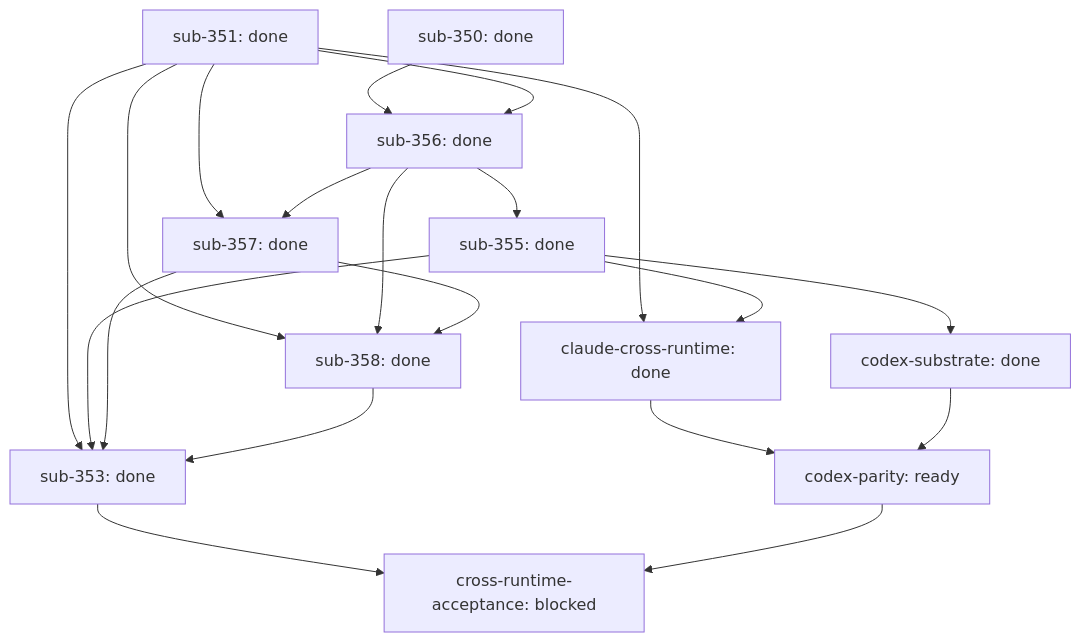
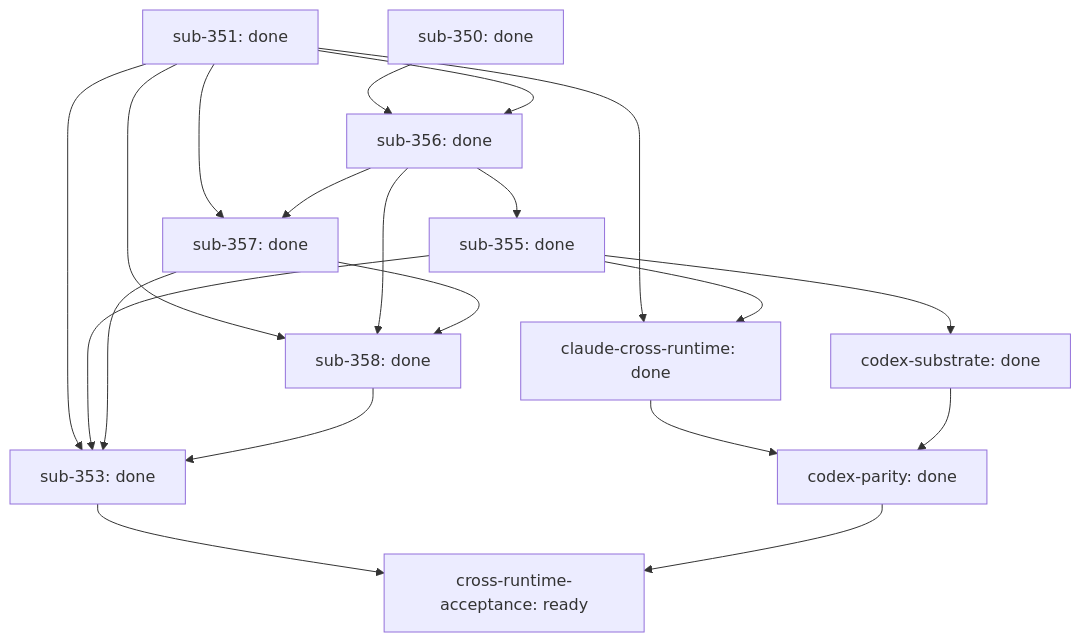
One commit to infiquetra/infiquetra-claude-plugins changed the diagram in docs/outcomes/lease-safe-runtime-continuity/report.md. Above: the diagram before and after it, drawn with Mermaid. The commit also changed other lines of this file and 5 other files, not shown here.

First line of the commit message:
docs(outcome): harvest codex-parity — closure evidence, report, learnings

````diff
--- a/docs/outcomes/lease-safe-runtime-continuity/report.md
+++ b/docs/outcomes/lease-safe-runtime-continuity/report.md
@@ -7,33 +7,33 @@
 ```mermaid
 flowchart TD
     sub-350["sub-350: done"]
     sub-351["sub-351: done"]
     sub-356["sub-356: done"]
     sub-355["sub-355: done"]
     sub-357["sub-357: done"]
     sub-358["sub-358: done"]
     claude-cross-runtime["claude-cross-runtime: done"]
     sub-353["sub-353: done"]
     codex-substrate["codex-substrate: done"]
-    codex-parity["codex-parity: ready"]
-    cross-runtime-acceptance["cross-runtime-acceptance: blocked"]
+    codex-parity["codex-parity: done"]
+    cross-runtime-acceptance["cross-runtime-acceptance: ready"]
     sub-350 --> sub-356
     sub-351 --> sub-356
     sub-356 --> sub-355
     sub-351 --> sub-357
     sub-356 --> sub-357
     sub-351 --> sub-358
     sub-356 --> sub-358
     sub-357 --> sub-358
     sub-351 --> claude-cross-runtime
     sub-355 --> claude-cross-runtime
     sub-351 --> sub-353
     sub-355 --> sub-353
     sub-357 --> sub-353
     sub-358 --> sub-353
     sub-355 --> codex-substrate
     claude-cross-runtime --> codex-parity
     codex-substrate --> codex-parity
     sub-353 --> cross-runtime-acceptance
     codex-parity --> cross-runtime-acceptance
 ```
````
